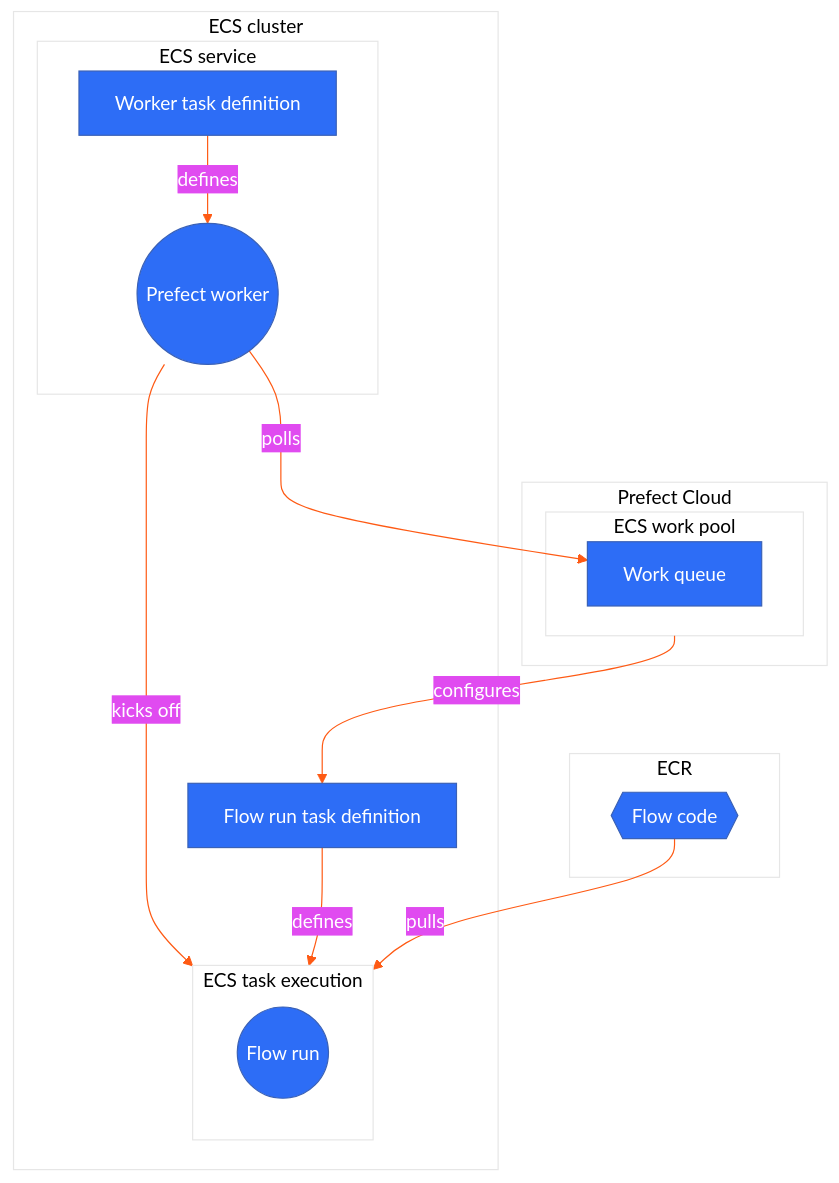
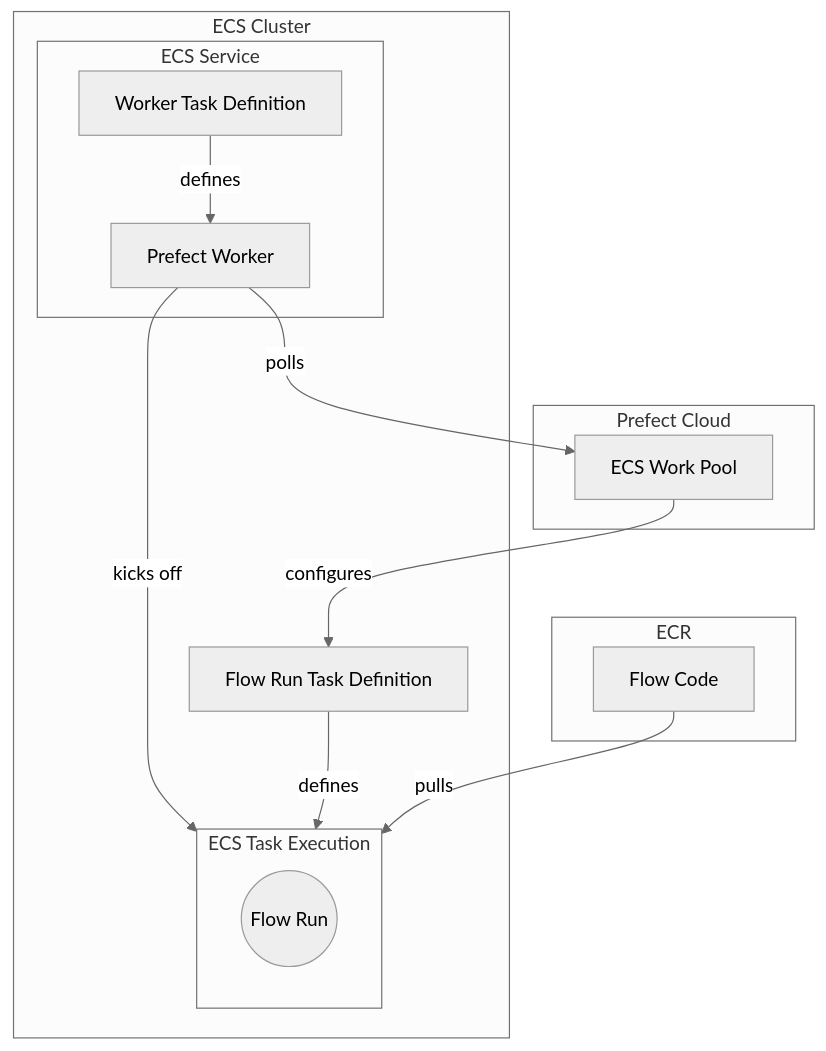
One commit to PrefectHQ/prefect changed the diagram in docs/integrations/prefect-aws/ecs_guide.mdx. Above: the diagram before and after it, drawn with Mermaid. The commit also changed 3 other files, not shown here.

Commit message:
Update mermaid.js diagram styling in docs (#15811)

````diff
--- a/docs/integrations/prefect-aws/ecs_guide.mdx
+++ b/docs/integrations/prefect-aws/ecs_guide.mdx
@@ -20,46 +20,39 @@
 ```mermaid
 %%{
   init: {
-    'theme': 'base',
+    'theme': 'neutral',
     'themeVariables': {
-      'primaryColor': '#2D6DF6',
-      'primaryTextColor': '#fff',
-      'lineColor': '#FE5A14',
-      'secondaryColor': '#E04BF0',
-      'tertiaryColor': '#fff'
+      'margin': '10px'
     }
   }
 }%%
-graph TB
 
-  subgraph ecs_cluster[ECS cluster]
-    subgraph ecs_service[ECS service]
-      td_worker[Worker task definition] --> |defines| prefect_worker((Prefect worker))
+flowchart TB
+    subgraph ecs_cluster[ECS Cluster]
+        subgraph ecs_service[ECS Service]
+            td_worker[Worker Task Definition] --> |defines| prefect_worker[Prefect Worker]
+        end
+
+        prefect_worker -->|kicks off| ecs_task
+    
+        fr_task_definition[Flow Run Task Definition]
+
+        subgraph ecs_task[ECS Task Execution]
+            flow_run((Flow Run))
+        end
+
+        fr_task_definition -->|defines| ecs_task
     end
-    prefect_worker -->|kicks off| ecs_task
-    fr_task_definition[Flow run task definition]
 
+    subgraph prefect_cloud[Prefect Cloud]
+        work_pool[ECS Work Pool]
+    end
 
-    subgraph ecs_task["ECS task execution"]
-    style ecs_task text-align:center,display:flex
+    subgraph github[ECR]
+        flow_code["Flow Code"]
+    end
 
-
-    flow_run((Flow run))
-
-    end
-    fr_task_definition -->|defines| ecs_task
-  end
-
-  subgraph prefect_cloud[Prefect Cloud]
-    subgraph prefect_workpool[ECS work pool]
-      workqueue[Work queue]
-    end
-  end
-
-  subgraph github["ECR"]
-    flow_code{{"Flow code"}}
-  end
-  flow_code --> |pulls| ecs_task
-  prefect_worker -->|polls| workqueue
-  prefect_workpool -->|configures| fr_task_definition
+    flow_code --> |pulls| ecs_task
+    prefect_worker -->|polls| work_pool
+    work_pool -->|configures| fr_task_definition
 ```
````
